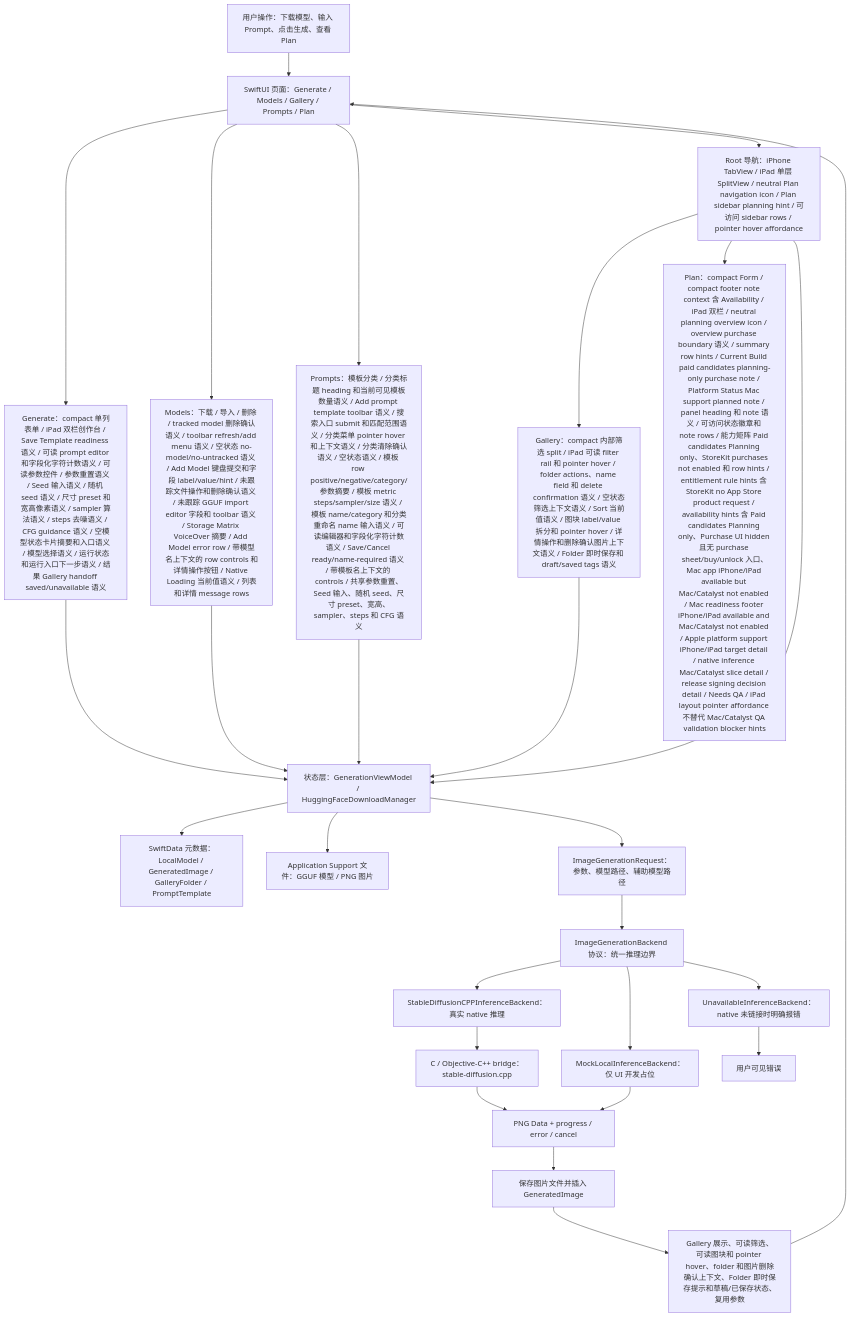
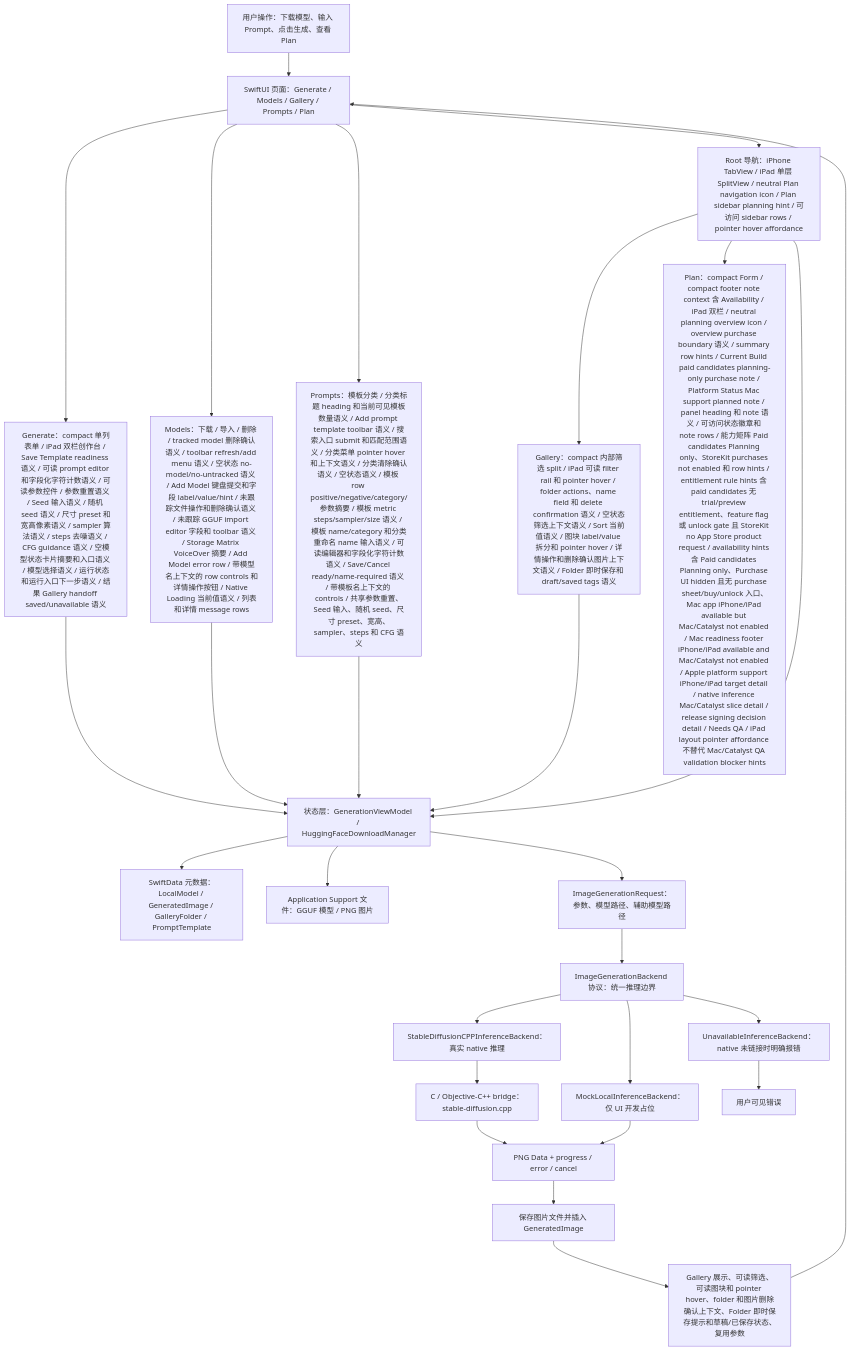
One commit to Altman-sam114/118 changed the first of 7 diagrams in md/flow/flowchart.md. Above: the diagram before and after it, drawn with Mermaid. The commit also changed 5 other files, not shown here.

First line of the commit message:
v1.112: Plan paid candidates entitlement boundary

````diff
--- a/md/flow/flowchart.md
+++ b/md/flow/flowchart.md
@@ -9,29 +9,29 @@
 ```mermaid
 flowchart TD
   U["用户操作：下载模型、输入 Prompt、点击生成、查看 Plan"] --> UI["SwiftUI 页面：Generate / Models / Gallery / Prompts / Plan"]
   UI --> GENUI["Generate：compact 单列表单 / iPad 双栏创作台 / Save Template readiness 语义 / 可读 prompt editor 和字段化字符计数语义 / 可读参数控件 / 参数重置语义 / Seed 输入语义 / 随机 seed 语义 / 尺寸 preset 和宽高像素语义 / sampler 算法语义 / steps 去噪语义 / CFG guidance 语义 / 空模型状态卡片摘要和入口语义 / 模型选择语义 / 运行状态和运行入口下一步语义 / 结果 Gallery handoff saved/unavailable 语义"]
   UI --> MODELUI["Models：下载 / 导入 / 删除 / tracked model 删除确认语义 / toolbar refresh/add menu 语义 / 空状态 no-model/no-untracked 语义 / Add Model 键盘提交和字段 label/value/hint / 未跟踪文件操作和删除确认语义 / 未跟踪 GGUF import editor 字段和 toolbar 语义 / Storage Matrix VoiceOver 摘要 / Add Model error row / 带模型名上下文的 row controls 和详情操作按钮 / Native Loading 当前值语义 / 列表和详情 message rows"]
   UI --> PROMPTUI["Prompts：模板分类 / 分类标题 heading 和当前可见模板数量语义 / Add prompt template toolbar 语义 / 搜索入口 submit 和匹配范围语义 / 分类菜单 pointer hover 和上下文语义 / 分类清除确认语义 / 空状态语义 / 模板 row positive/negative/category/参数摘要 / 模板 metric steps/sampler/size 语义 / 模板 name/category 和分类重命名 name 输入语义 / 可读编辑器和字段化字符计数语义 / Save/Cancel ready/name-required 语义 / 带模板名上下文的 controls / 共享参数重置、Seed 输入、随机 seed、尺寸 preset、宽高、sampler、steps 和 CFG 语义"]
   UI --> NAV["Root 导航：iPhone TabView / iPad 单层 SplitView / neutral Plan navigation icon / Plan sidebar planning hint / 可访问 sidebar rows / pointer hover affordance"]
   NAV --> GALUI["Gallery：compact 内部筛选 split / iPad 可读 filter rail 和 pointer hover / folder actions、name field 和 delete confirmation 语义 / 空状态筛选上下文语义 / Sort 当前值语义 / 图块 label/value 拆分和 pointer hover / 详情操作和删除确认图片上下文语义 / Folder 即时保存和 draft/saved tags 语义"]
-  NAV --> PLANUI["Plan：compact Form / compact footer note context 含 Availability / iPad 双栏 / neutral planning overview icon / overview purchase boundary 语义 / summary row hints / Current Build paid candidates planning-only purchase note / Platform Status Mac support planned note / panel heading 和 note 语义 / 可访问状态徽章和 note rows / 能力矩阵 Paid candidates Planning only、StoreKit purchases not enabled 和 row hints / entitlement rule hints 含 StoreKit no App Store product request / availability hints 含 Paid candidates Planning only、Purchase UI hidden 且无 purchase sheet/buy/unlock 入口、Mac app iPhone/iPad available but Mac/Catalyst not enabled / Mac readiness footer iPhone/iPad available and Mac/Catalyst not enabled / Apple platform support iPhone/iPad target detail / native inference Mac/Catalyst slice detail / release signing decision detail / Needs QA / iPad layout pointer affordance 不替代 Mac/Catalyst QA validation blocker hints"]
+  NAV --> PLANUI["Plan：compact Form / compact footer note context 含 Availability / iPad 双栏 / neutral planning overview icon / overview purchase boundary 语义 / summary row hints / Current Build paid candidates planning-only purchase note / Platform Status Mac support planned note / panel heading 和 note 语义 / 可访问状态徽章和 note rows / 能力矩阵 Paid candidates Planning only、StoreKit purchases not enabled 和 row hints / entitlement rule hints 含 paid candidates 无 trial/preview entitlement、feature flag 或 unlock gate 且 StoreKit no App Store product request / availability hints 含 Paid candidates Planning only、Purchase UI hidden 且无 purchase sheet/buy/unlock 入口、Mac app iPhone/iPad available but Mac/Catalyst not enabled / Mac readiness footer iPhone/iPad available and Mac/Catalyst not enabled / Apple platform support iPhone/iPad target detail / native inference Mac/Catalyst slice detail / release signing decision detail / Needs QA / iPad layout pointer affordance 不替代 Mac/Catalyst QA validation blocker hints"]
   NAV --> VM["状态层：GenerationViewModel / HuggingFaceDownloadManager"]
   GENUI --> VM
   MODELUI --> VM
   PROMPTUI --> VM
   GALUI --> VM
   VM --> SD["SwiftData 元数据：LocalModel / GeneratedImage / GalleryFolder / PromptTemplate"]
   VM --> FS["Application Support 文件：GGUF 模型 / PNG 图片"]
   VM --> REQ["ImageGenerationRequest：参数、模型路径、辅助模型路径"]
   REQ --> IFACE["ImageGenerationBackend 协议：统一推理边界"]
   IFACE --> NATIVE["StableDiffusionCPPInferenceBackend：真实 native 推理"]
   IFACE --> MOCK["MockLocalInferenceBackend：仅 UI 开发占位"]
   IFACE --> OFF["UnavailableInferenceBackend：native 未链接时明确报错"]
   NATIVE --> BRIDGE["C / Objective-C++ bridge：stable-diffusion.cpp"]
   BRIDGE --> PNG["PNG Data + progress / error / cancel"]
   MOCK --> PNG
   OFF --> ERR["用户可见错误"]
   PNG --> SAVE["保存图片文件并插入 GeneratedImage"]
   SAVE --> GALLERY["Gallery 展示、可读筛选、可读图块和 pointer hover、folder 和图片删除确认上下文、Folder 即时保存提示和草稿/已保存状态、复用参数"]
   GALLERY --> UI
 ```
````
